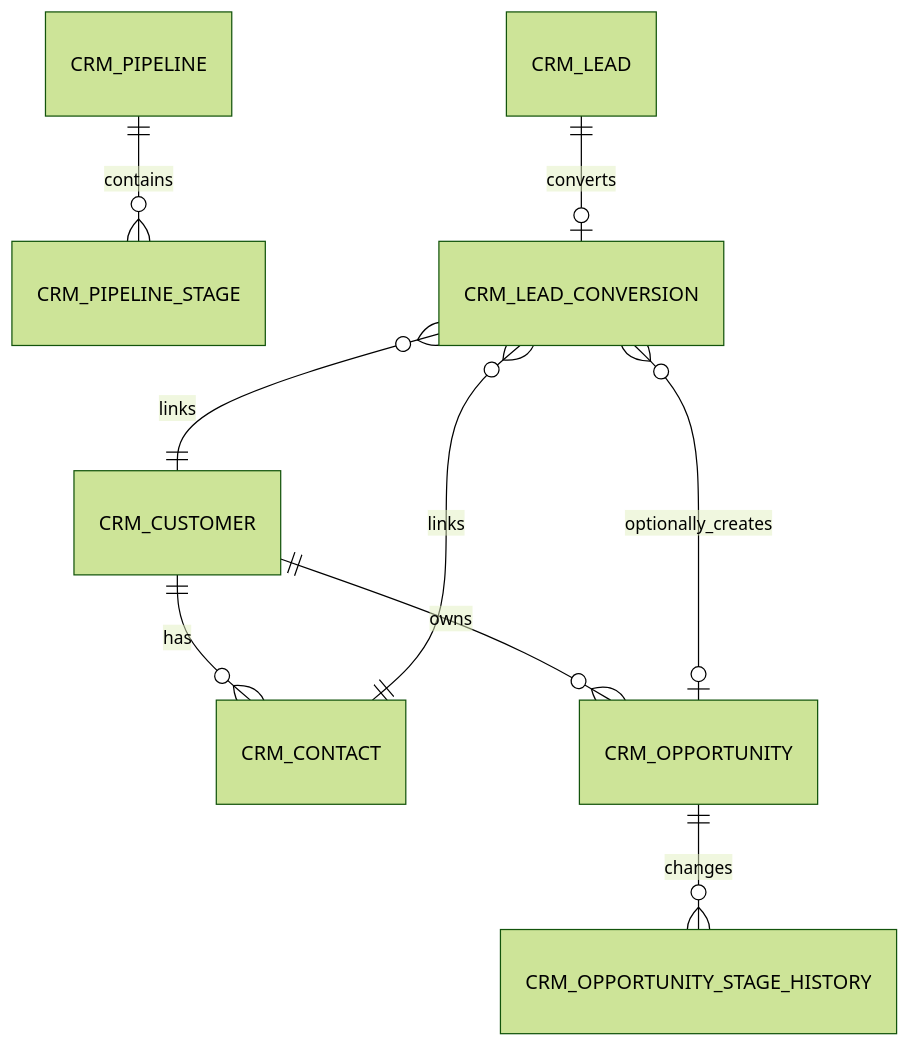
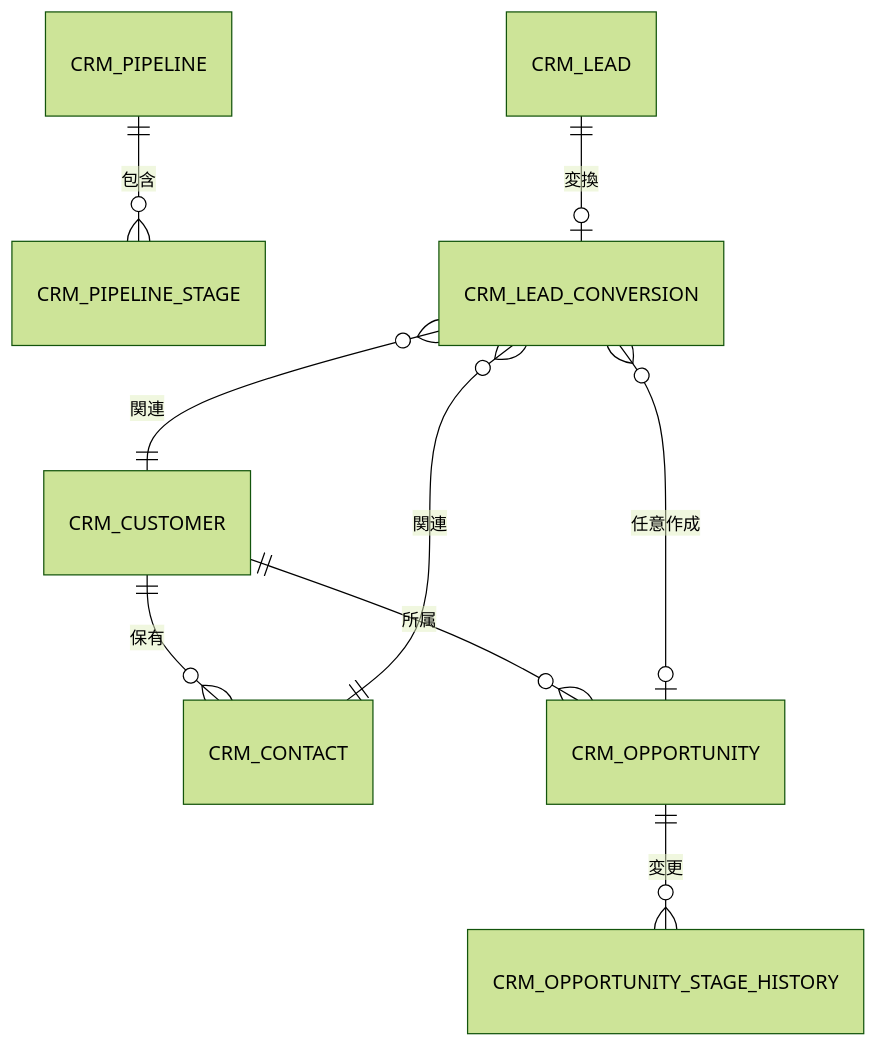
The diagram in docs/crm.jp.md (wang-baohai/Omni-Stack), drawn with Mermaid (forest theme) before and after one commit. The commit also changed other lines of this file and 1095 other files, not shown here.

````diff
--- a/docs/crm.jp.md
+++ b/docs/crm.jp.md
@@ -42,11 +43,11 @@
 ```mermaid
 erDiagram
-    CRM_PIPELINE ||--o{ CRM_PIPELINE_STAGE : contains
-    CRM_LEAD ||--o| CRM_LEAD_CONVERSION : converts
-    CRM_CUSTOMER ||--o{ CRM_CONTACT : has
-    CRM_CUSTOMER ||--o{ CRM_OPPORTUNITY : owns
-    CRM_OPPORTUNITY ||--o{ CRM_OPPORTUNITY_STAGE_HISTORY : changes
-    CRM_LEAD_CONVERSION }o--|| CRM_CUSTOMER : links
-    CRM_LEAD_CONVERSION }o--|| CRM_CONTACT : links
-    CRM_LEAD_CONVERSION }o--o| CRM_OPPORTUNITY : optionally_creates
+    CRM_PIPELINE ||--o{ CRM_PIPELINE_STAGE : 包含
+    CRM_LEAD ||--o| CRM_LEAD_CONVERSION : 変換
+    CRM_CUSTOMER ||--o{ CRM_CONTACT : 保有
+    CRM_CUSTOMER ||--o{ CRM_OPPORTUNITY : 所属
+    CRM_OPPORTUNITY ||--o{ CRM_OPPORTUNITY_STAGE_HISTORY : 変更
+    CRM_LEAD_CONVERSION }o--|| CRM_CUSTOMER : 関連
+    CRM_LEAD_CONVERSION }o--|| CRM_CONTACT : 関連
+    CRM_LEAD_CONVERSION }o--o| CRM_OPPORTUNITY : 任意作成
 ```
````
